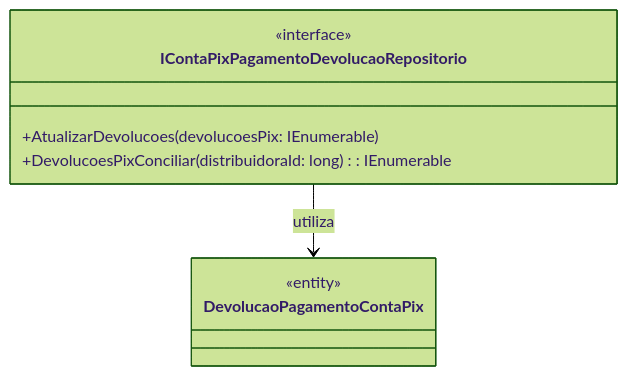
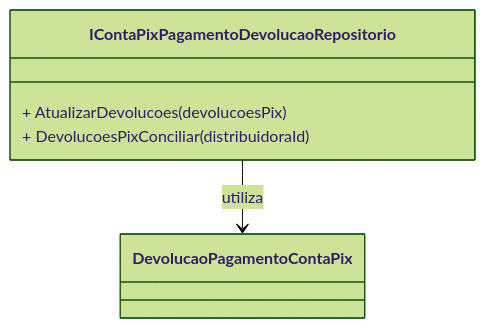
Before and after one commit to IsthmusSistemas/documentacao-tecnica: the diagram in docs/b2b-dominio/IsthmusWinthor.Nucleo/IsthmusWinthor.Dominio/Interfaces/IContaPixPagamentoDevolucaoRepositorio.md, drawn with Mermaid (forest theme). The commit also changed other lines of this file and 882 other files, not shown here.

````diff
--- a/docs/b2b-dominio/IsthmusWinthor.Nucleo/IsthmusWinthor.Dominio/Interfaces/IContaPixPagamentoDevolucaoRepositorio.md
+++ b/docs/b2b-dominio/IsthmusWinthor.Nucleo/IsthmusWinthor.Dominio/Interfaces/IContaPixPagamentoDevolucaoRepositorio.md
@@ -37,14 +39,10 @@
 ```mermaid
 classDiagram
     class IContaPixPagamentoDevolucaoRepositorio {
-        <<interface>>
-        +AtualizarDevolucoes(devolucoesPix: IEnumerable<DevolucaoPagamentoContaPix>)
-        +DevolucoesPixConciliar(distribuidoraId: long): IEnumerable<DevolucaoPagamentoContaPix>
+        + AtualizarDevolucoes(devolucoesPix)
+        + DevolucoesPixConciliar(distribuidoraId)
     }
-    
-    class DevolucaoPagamentoContaPix {
-        <<entity>>
-    }
-    
+    class DevolucaoPagamentoContaPix
+
     IContaPixPagamentoDevolucaoRepositorio --> DevolucaoPagamentoContaPix : utiliza
 ```
````
